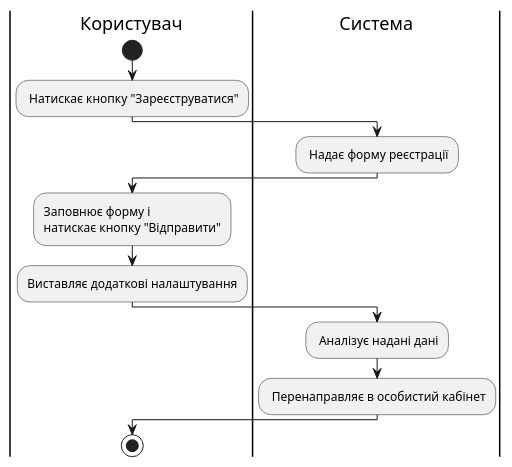
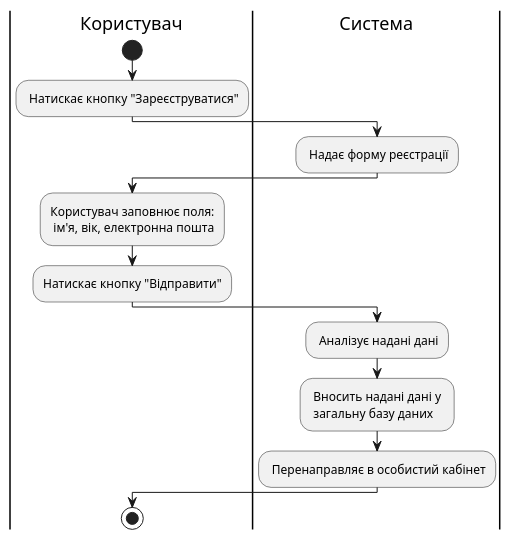
One commit to anrikolo/obd changed the diagram in src/uml/UC_1.puml. Above: the diagram before and after it, drawn with PlantUML.

```diff
--- a/src/uml/UC_1.puml
+++ b/src/uml/UC_1.puml
@@ -1,16 +1,17 @@
 @startuml
 
 |Користувач|
         start
         : Натискає кнопку "Зареєструватися";
     |Система|
         : Надає форму реєстрації;
     |Користувач|
-        :Заповнює форму і\nнатискає кнопку "Відправити";
-        :Виставляє додаткові налаштування;
+        :Користувач заповнює поля:\n ім'я, вік, електронна пошта;
+        :Натискає кнопку "Відправити";
     |Система|
         : Аналізує надані дані;
+        : Вносить надані дані у \n загальну базу даних;
         : Перенаправляє в особистий кабінет;
     |Користувач|
         stop;
 @enduml
```
